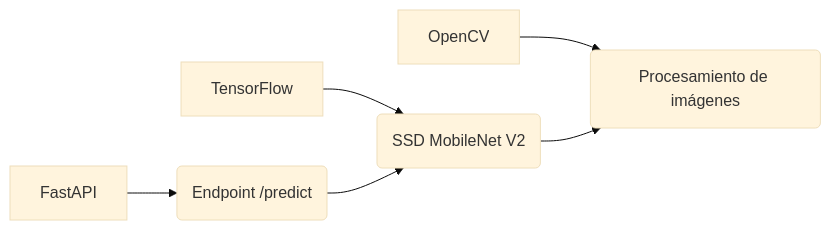
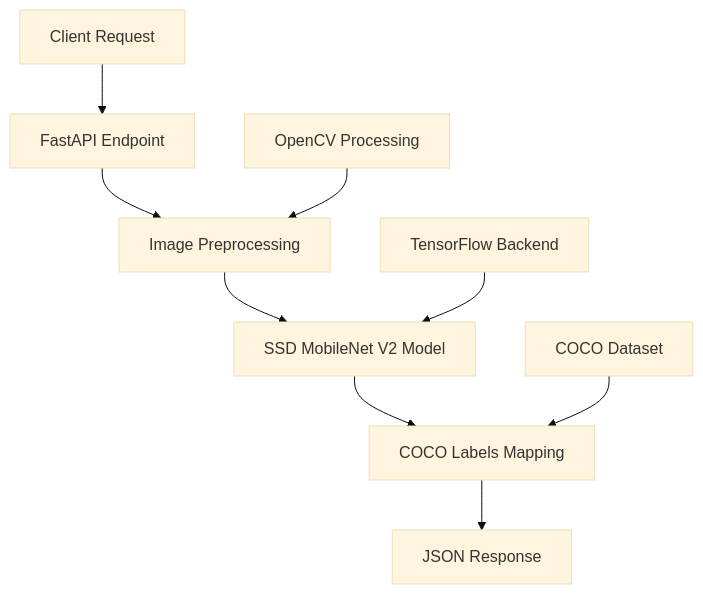
The first of 2 diagrams in README.md (Astharmin/PythonIA_Convulent), drawn with Mermaid (base theme) before and after one commit. The commit also changed other lines of this file, not shown here.

````diff
--- a/README.md
+++ b/README.md
@@ -17,8 +17,12 @@
 ```mermaid
-graph LR
-    A[FastAPI] --> B(Endpoint /predict)
-    C[TensorFlow] --> D(SSD MobileNet V2)
-    E[OpenCV] --> F(Procesamiento de imágenes)
-    B --> D
-    D --> F
+graph TB
+    A[Client Request] --> B[FastAPI Endpoint]
+    B --> C[Image Preprocessing]
+    C --> D[SSD MobileNet V2 Model]
+    D --> E[COCO Labels Mapping]
+    E --> F[JSON Response]
+    
+    G[TensorFlow Backend] --> D
+    H[OpenCV Processing] --> C
+    I[COCO Dataset] --> E
 ```
````
